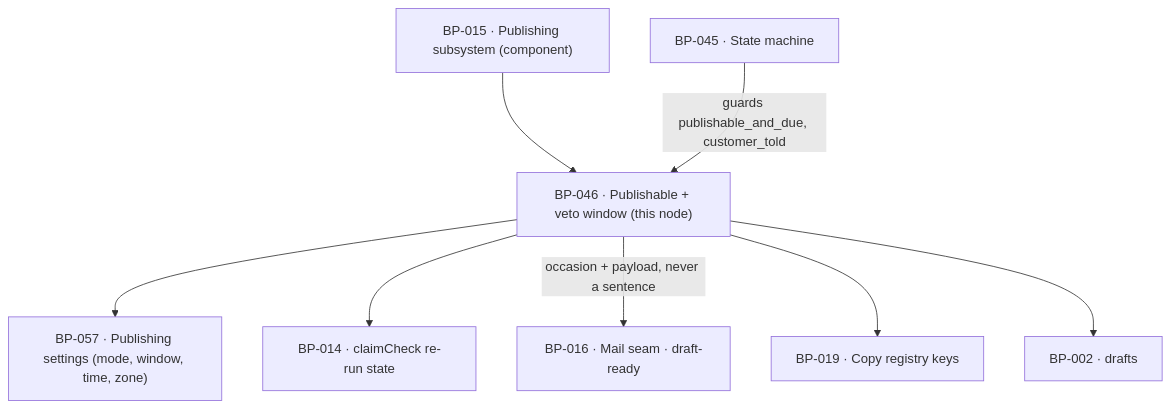
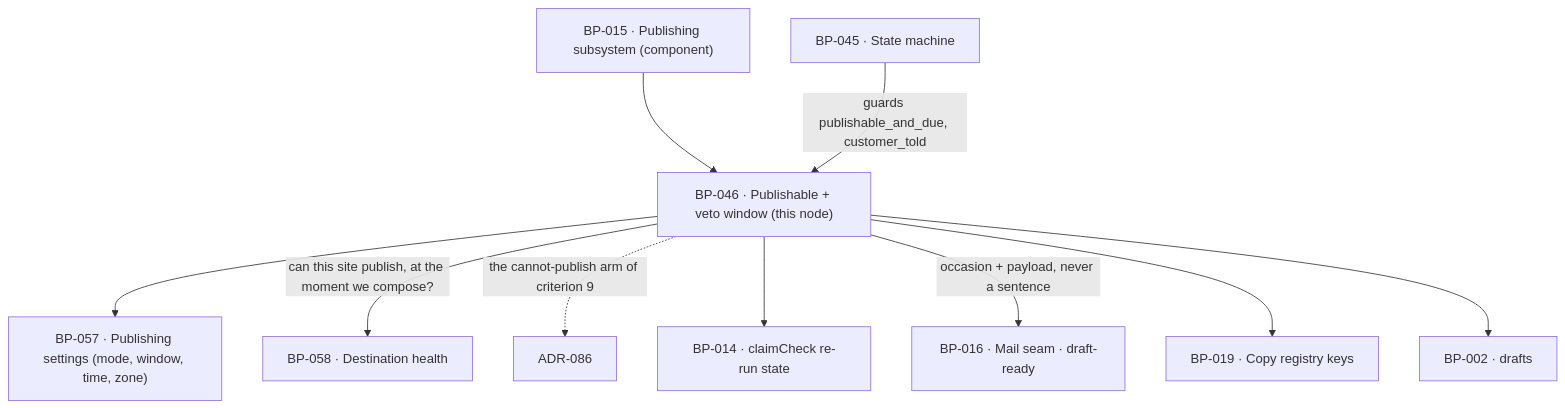
Before and after one commit to tim-clifford6991/reachkitv3: the diagram in sdlc-factory/docs/blueprints/BP-046.md, drawn with Mermaid. The commit also changed other lines of this file and 30 other files, not shown here.

First line of the commit message:
feat(blueprints): fold the publish-live rulings into the architecture

````diff
--- a/sdlc-factory/docs/blueprints/BP-046.md
+++ b/sdlc-factory/docs/blueprints/BP-046.md
@@ -45,11 +45,13 @@
 ```mermaid
 graph TD
   BP015["BP-015 · Publishing subsystem (component)"] --> BP046
   BP046["BP-046 · Publishable + veto window (this node)"]
   BP045["BP-045 · State machine"] -->|"guards publishable_and_due, customer_told"| BP046
   BP046 --> BP057["BP-057 · Publishing settings (mode, window, time, zone)"]
+  BP046 -->|"can this site publish, at the moment we compose?"| BP058["BP-058 · Destination health"]
+  BP046 -.->|"the cannot-publish arm of criterion 9"| ADR086["ADR-086"]
   BP046 --> BP014["BP-014 · claimCheck re-run state"]
   BP046 -->|"occasion + payload, never a sentence"| BP016["BP-016 · Mail seam · draft-ready"]
   BP046 --> BP019["BP-019 · Copy registry keys"]
   BP046 --> BP002["BP-002 · drafts"]
 ```
````
